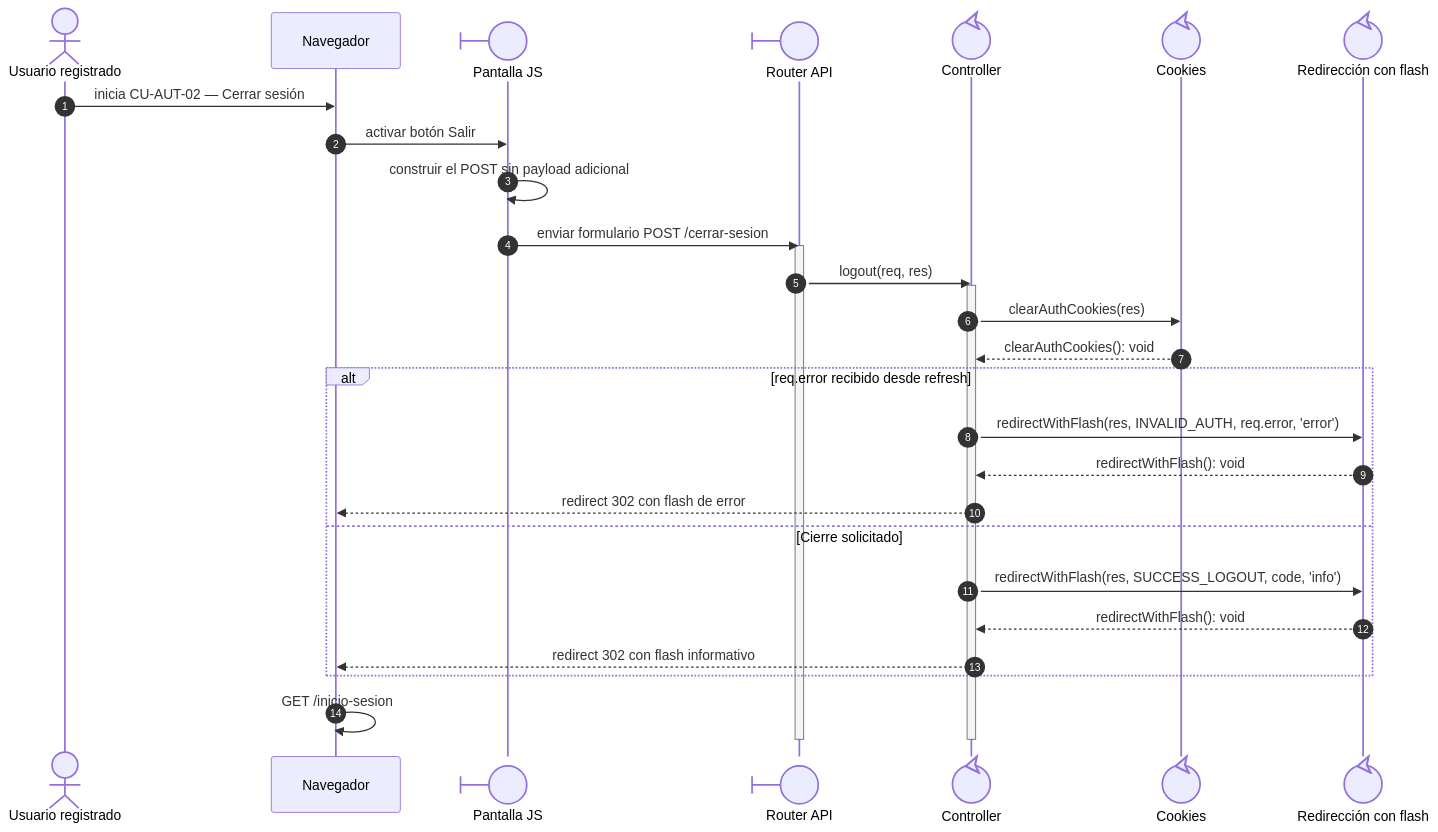
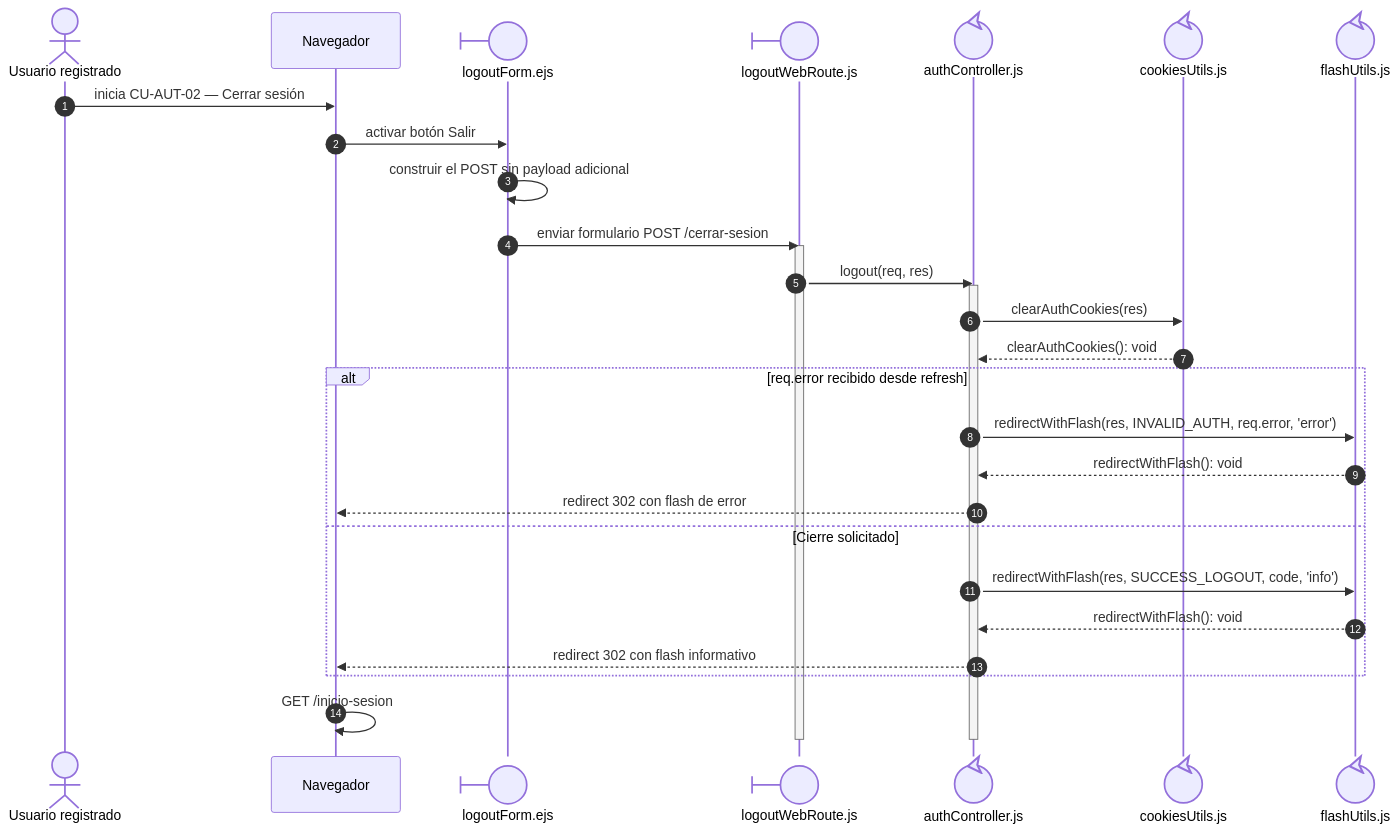
The diagram in docs/architecture/views/processes/frontend-code-sequences/authentication/cu-aut-02.md (gpgsistemas01/nexus), drawn with Mermaid before and after one commit. The commit also changed other lines of this file and 192 other files, not shown here.

Commit message:
docs: make sequence file ownership explicit and align code flows

````diff
--- a/docs/architecture/views/processes/frontend-code-sequences/authentication/cu-aut-02.md
+++ b/docs/architecture/views/processes/frontend-code-sequences/authentication/cu-aut-02.md
@@ -23,35 +25,35 @@
 ```mermaid
 sequenceDiagram
     autonumber
     actor Initiator as Usuario registrado
     participant Browser as Navegador
-    participant View@{ "type": "boundary" } as Pantalla JS
-    participant Route@{ "type": "boundary" } as Router API
-    participant Controller@{ "type": "control" } as Controller
+    participant View@{ "type": "boundary" } as logoutForm.ejs
+    participant Route@{ "type": "boundary" } as logoutWebRoute.js
+    participant Controller@{ "type": "control" } as authController.js
 
-    participant Cookies@{ "type": "control" } as Cookies
+    participant Cookies@{ "type": "control" } as cookiesUtils.js
 
-    participant Flash@{ "type": "control" } as Redirección con flash
+    participant Flash@{ "type": "control" } as flashUtils.js
 
     Initiator->>Browser: inicia CU-AUT-02 — Cerrar sesión
     Browser->>View: activar botón Salir
     View->>View: construir el POST sin payload adicional
     View->>Route: enviar formulario POST /cerrar-sesion
     activate Route
     Route->>Controller: logout(req, res)
     activate Controller
     Controller->>Cookies: clearAuthCookies(res)
     Cookies-->>Controller: clearAuthCookies(): void
     alt req.error recibido desde refresh
         Controller->>Flash: redirectWithFlash(res, INVALID_AUTH, req.error, 'error')
         Flash-->>Controller: redirectWithFlash(): void
         Controller-->>Browser: redirect 302 con flash de error
     else Cierre solicitado
         Controller->>Flash: redirectWithFlash(res, SUCCESS_LOGOUT, code, 'info')
         Flash-->>Controller: redirectWithFlash(): void
         Controller-->>Browser: redirect 302 con flash informativo
     end
     Browser->>Browser: GET /inicio-sesion
     deactivate Controller
     deactivate Route
 ```
````
